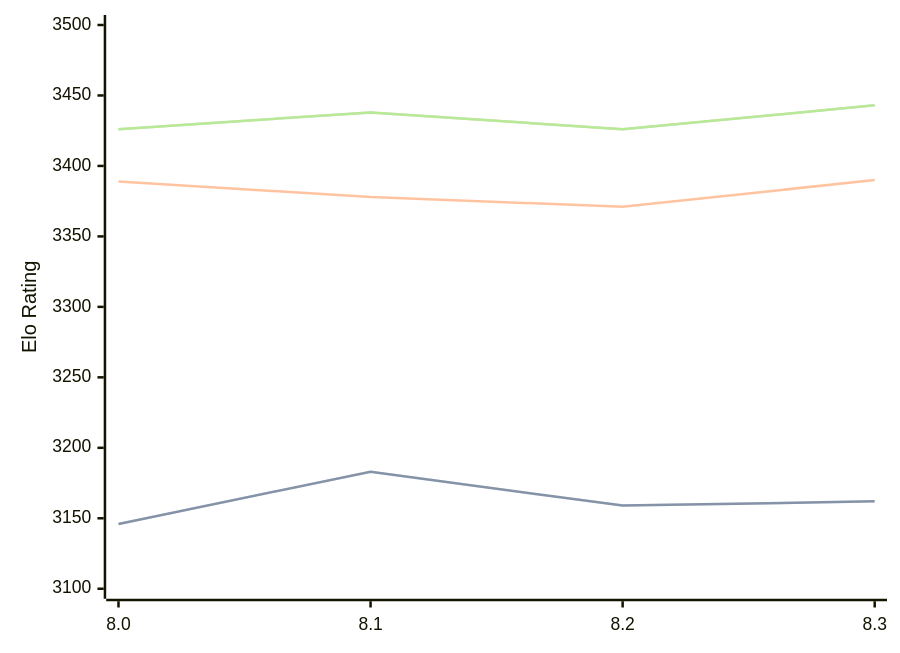
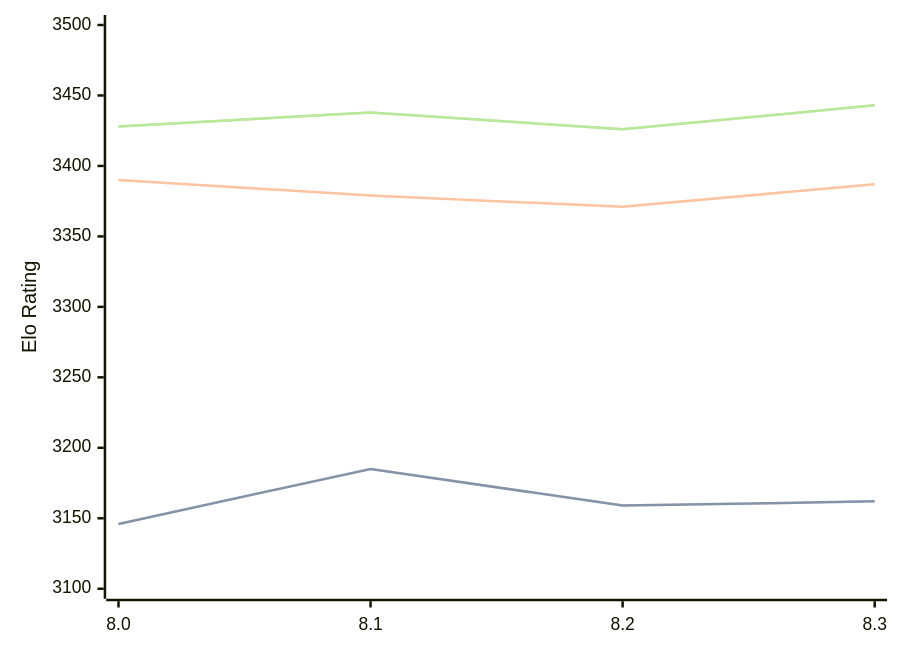
One commit to computer-chess-index/cci changed the diagram in engines/Alexander.md. Above: the diagram before and after it, drawn with Mermaid. The commit also changed other lines of this file, not shown here.

Commit message:
Update CCI Ratings (ELO VLTC) - 2026-10-08

````diff
--- a/engines/Alexander.md
+++ b/engines/Alexander.md
@@ -34,11 +34,11 @@
 ```mermaid
 %%{init: {"theme":"base","themeVariables":{"seriesColors:['#a3a3a3','#222221','#faa371']}}}%%
 xychart-beta
   x-axis ["8.0", "8.1", "8.2", "8.3"]
   y-axis "Elo Rating" 3100 --> 3500
-  line "" [3146, 3183, 3159, 3162]
-  line "STC (8.0+0.08s)" [3146, 3183, 3159, 3162]
-  line "LTC (60.0+0.60s)" [3389, 3378, 3371, 3390]
-  line "" [3426, 3438, 3426, 3443]
-  line "VLTC (2m24s+1.12s)" [3426, 3438, 3426, 3443]
+  line "" [3146, 3185, 3159, 3162]
+  line "STC (8.0+0.08s)" [3146, 3185, 3159, 3162]
+  line "LTC (60.0+0.60s)" [3390, 3379, 3371, 3387]
+  line "" [3428, 3438, 3426, 3443]
+  line "VLTC (2m24s+1.12s)" [3428, 3438, 3426, 3443]
 ```
````
